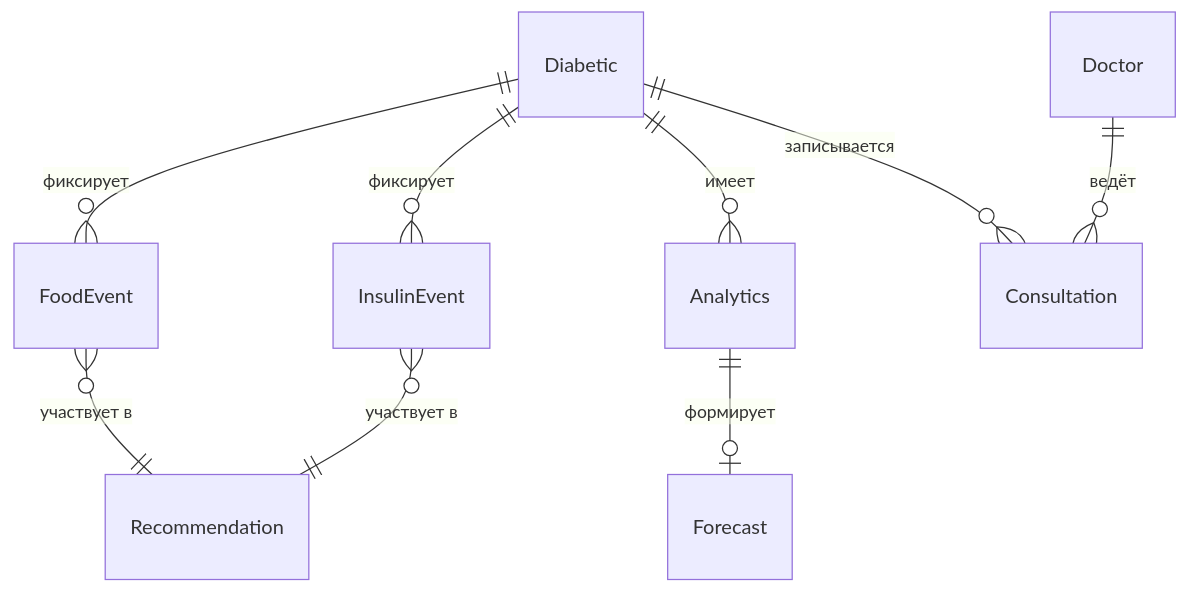
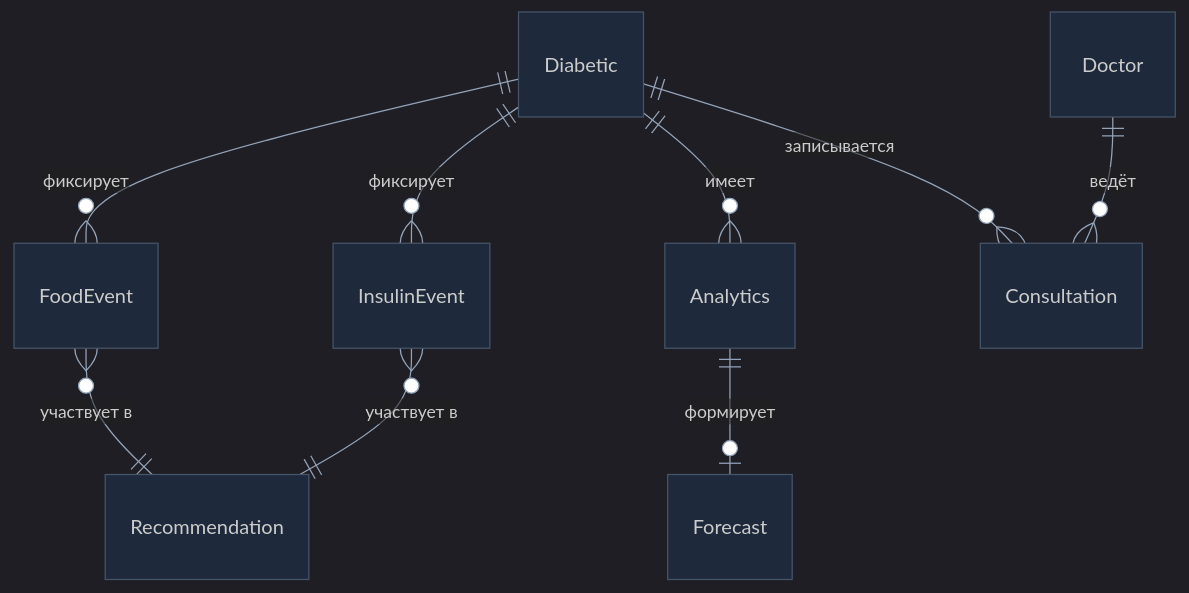
One commit to zatulik2606/diaai changed the fifth of 6 diagrams in docs/vision.md. Above: the diagram before and after it, drawn with Mermaid. The commit also changed other lines of this file, not shown here.

````diff
--- a/docs/vision.md
+++ b/docs/vision.md
@@ -182,11 +186,12 @@
 ```mermaid
+%%{init: {'theme': 'dark', 'themeVariables': {'primaryTextColor': '#e2e8f0', 'lineColor': '#94a3b8', 'background': '#0f172a', 'mainBkg': '#1e293b', 'nodeBorder': '#475569'}}}%%
 erDiagram
     Diabetic ||--o{ FoodEvent : "фиксирует"
     Diabetic ||--o{ InsulinEvent : "фиксирует"
     Diabetic ||--o{ Analytics : "имеет"
     Diabetic ||--o{ Consultation : "записывается"
     Doctor ||--o{ Consultation : "ведёт"
     FoodEvent }o--|| Recommendation : "участвует в"
     InsulinEvent }o--|| Recommendation : "участвует в"
     Analytics ||--o| Forecast : "формирует"
 ```
````
